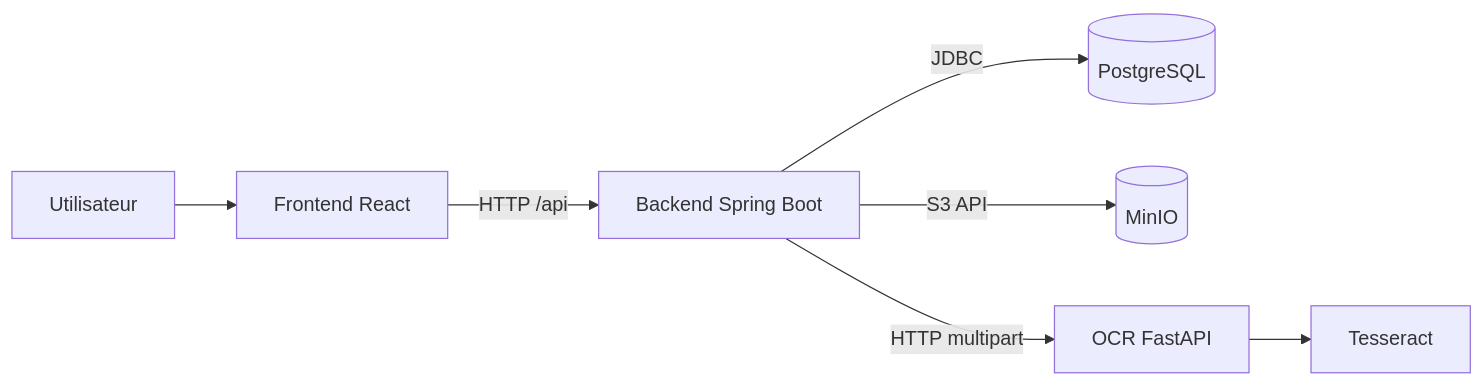
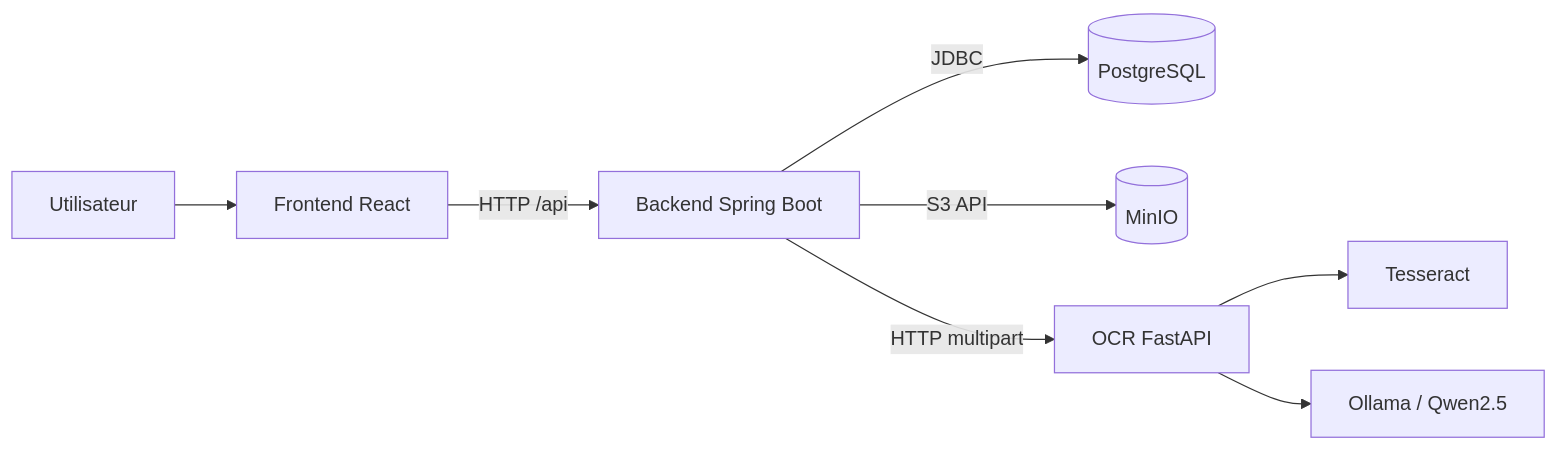
One commit to fil-rouge-docomptia/docomptia changed the diagram in README.md. Above: the diagram before and after it, drawn with Mermaid. The commit also changed other lines of this file and 16 other files, not shown here.

````diff
--- a/README.md
+++ b/README.md
@@ -19,9 +20,10 @@
 ```mermaid
 flowchart LR
     user[Utilisateur] --> frontend[Frontend React]
     frontend -->|HTTP /api| backend[Backend Spring Boot]
     backend -->|JDBC| postgres[(PostgreSQL)]
     backend -->|S3 API| minio[(MinIO)]
     backend -->|HTTP multipart| ocr[OCR FastAPI]
     ocr --> tesseract[Tesseract]
+    ocr --> ollama[Ollama / Qwen2.5]
 ```
````
